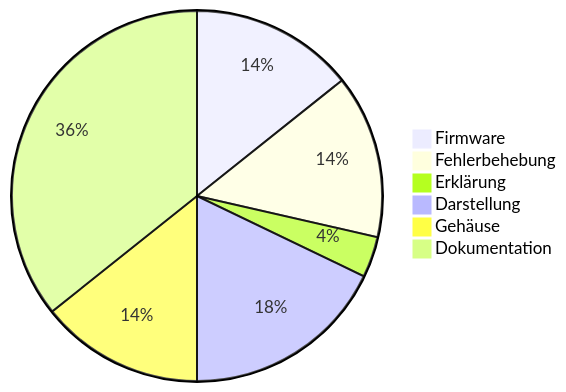
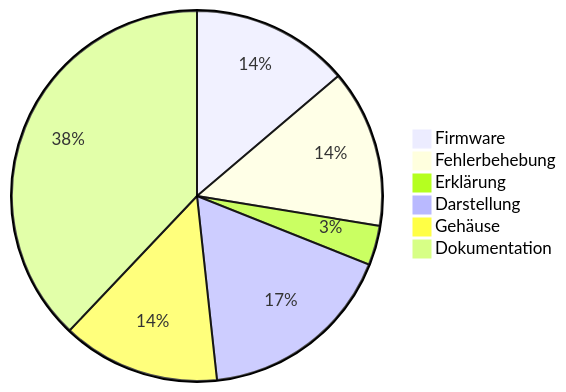
Before and after one commit to BBZ-AIFS51/LF7-Projekt_GAS: the third of 3 diagrams in wiki/Entwicklungsverlauf.md, drawn with Mermaid. The commit also changed other lines of this file and 9 other files, not shown here.

````diff
--- a/wiki/Entwicklungsverlauf.md
+++ b/wiki/Entwicklungsverlauf.md
@@ -151,9 +153,9 @@
 ```mermaid
 pie
     "Firmware" : 4
     "Fehlerbehebung" : 4
     "Erklärung" : 1
     "Darstellung" : 5
     "Gehäuse" : 4
-    "Dokumentation" : 10
+    "Dokumentation" : 11
 ```
````
